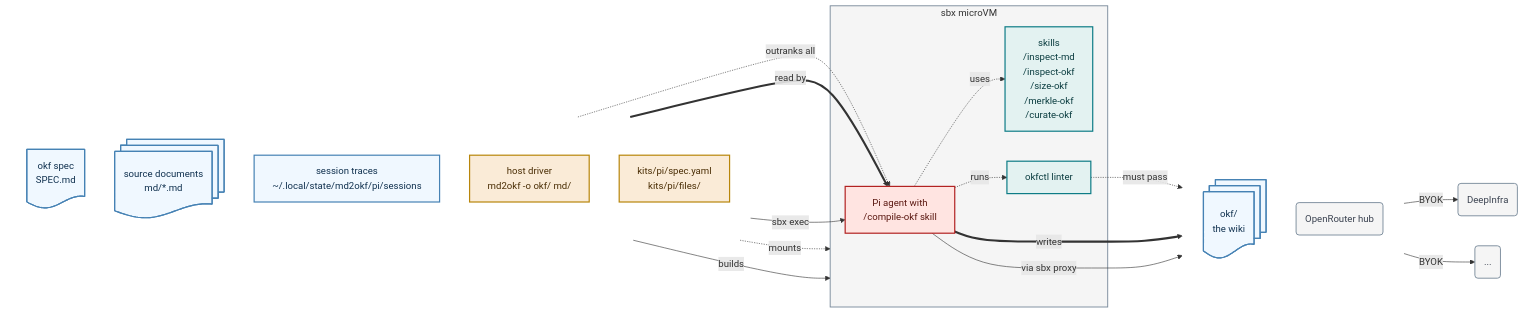
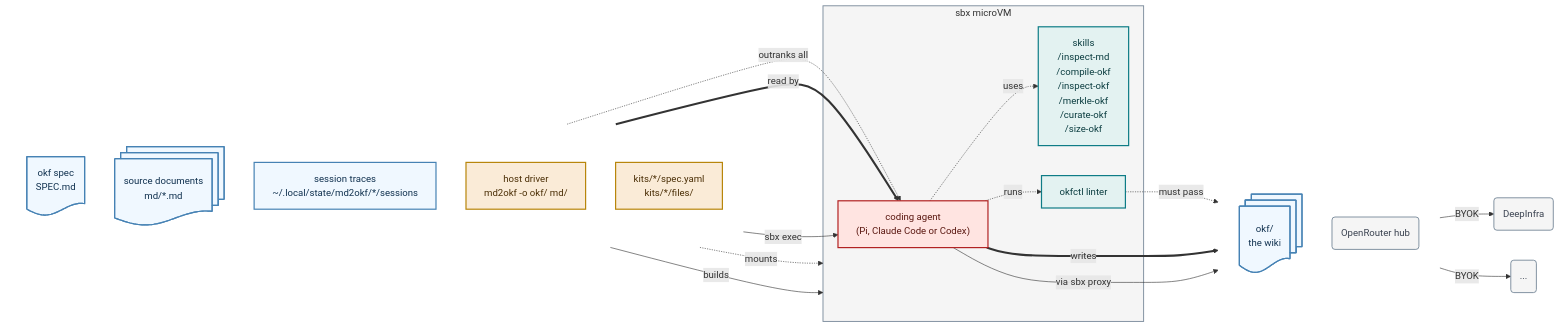
Before and after one commit to lars20070/md2okf: the diagram in README.md, drawn with Mermaid.

Commit message:
General agent in Mermaid diagram

````diff
--- a/README.md
+++ b/README.md
@@ -25,52 +25,52 @@
 ```mermaid
 flowchart LR
   subgraph IN[" "]
     direction TB
     SPEC@{ shape: doc, label: "okf spec<br>SPEC.md"}
     MD@{ shape: docs, label: "source documents<br>md/*.md"}
-    STATE["session traces<br/>~/.local/state/md2okf/pi/sessions"]
+    STATE["session traces<br/>~/.local/state/md2okf/*/sessions"]
     DRV["host driver<br>md2okf -o okf/ md/"]
-    KIT["kits/pi/spec.yaml<br/>kits/pi/files/"]
+    KIT["kits/*/spec.yaml<br/>kits/*/files/"]
   end
 
   subgraph VM["sbx microVM"]
-    PI["Pi agent with<br/>/compile-okf skill"]
-    TOOLS["skills<br>/inspect-md<br/>/inspect-okf<br/>/size-okf<br/>/merkle-okf<br/>/curate-okf"]
+    AGENT["coding agent<br/>(Pi, Claude Code or Codex)"]
+    TOOLS["skills<br>/inspect-md<br/>/compile-okf<br/>/inspect-okf<br/>/merkle-okf<br/>/curate-okf<br/>/size-okf"]
     LINT["okfctl linter"]
   end
 
   subgraph OUT[" "]
     direction TB
     OKF@{ shape: docs, label: "okf/<br/>the wiki"}
     NET("OpenRouter hub")
   end
   NET1("DeepInfra")
   NET2("...")
 
-  SPEC -.->|"outranks all"| PI
-  MD ==>|"read by"| PI
+  SPEC -.->|"outranks all"| AGENT
+  MD ==>|"read by"| AGENT
   STATE -.->|"mounts"| VM
-  STATE ~~~ PI
-  DRV -->|"sbx exec"| PI
+  STATE ~~~ AGENT
+  DRV -->|"sbx exec"| AGENT
   KIT -->|"builds"| VM
-  PI -.->|"uses"| TOOLS
-  PI -.->|"runs"| LINT
+  AGENT -.->|"uses"| TOOLS
+  AGENT -.->|"runs"| LINT
   LINT -.->|"must pass"| OKF
-  PI ==>|"writes"| OKF
-  PI -->|"via sbx proxy"| NET
+  AGENT ==>|"writes"| OKF
+  AGENT -->|"via sbx proxy"| NET
   NET -->|"BYOK"| NET1 & NET2
 
   classDef data    fill:aliceblue,stroke:steelblue,stroke-width:2px,color:#10314F
   classDef host    fill:antiquewhite,stroke:darkgoldenrod,stroke-width:2px,color:#4A2E05
   classDef helper  fill:#E3F2F1,stroke:#0E7C86,stroke-width:2px,color:#0B3D40
   classDef agent   fill:mistyrose,stroke:firebrick,stroke-width:2px,color:#5A1710
   classDef ext     fill:whitesmoke,stroke:lightslategray,stroke-width:1.5px,color:#3A4250
   class MD,SPEC,STATE,OKF data
   class KIT,DRV host
   class TOOLS,LINT helper
-  class PI agent
+  class AGENT agent
   class NET,NET1,NET2 ext
   style VM fill:whitesmoke,stroke:lightslategray,stroke-width:1.5px
   style IN fill:none,stroke:none
   style OUT fill:none,stroke:none
 ```
````
